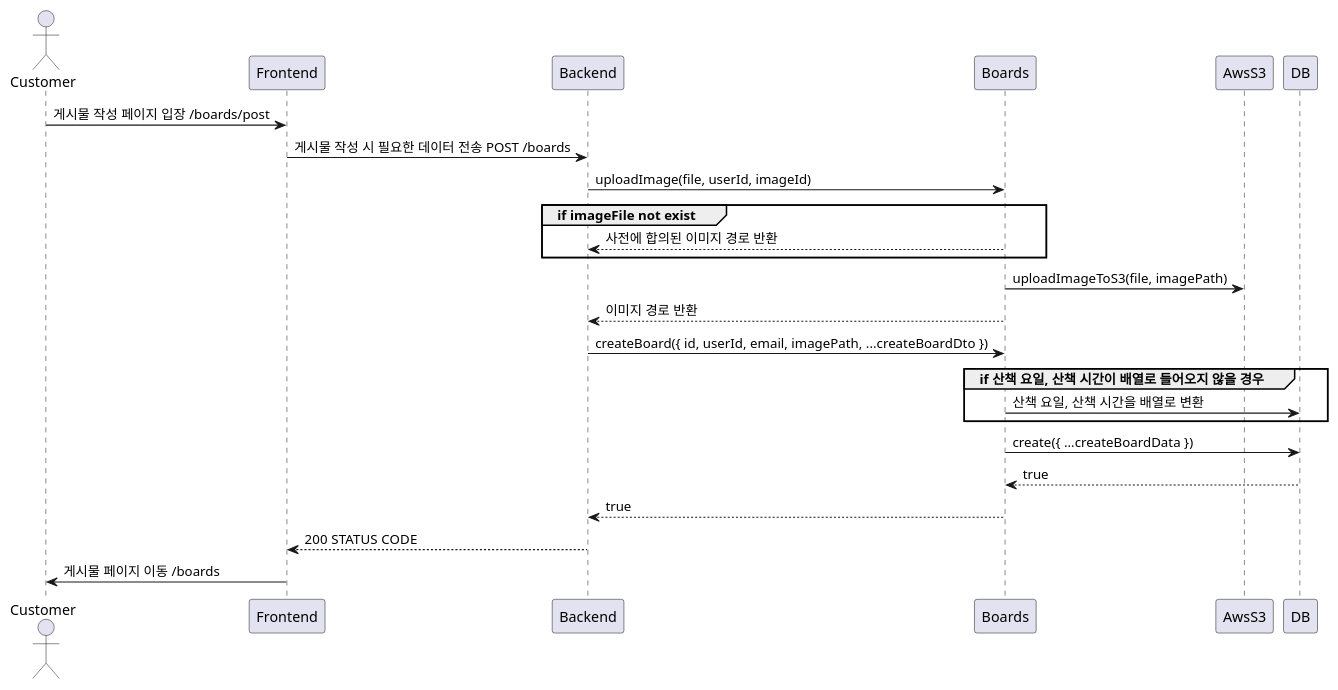
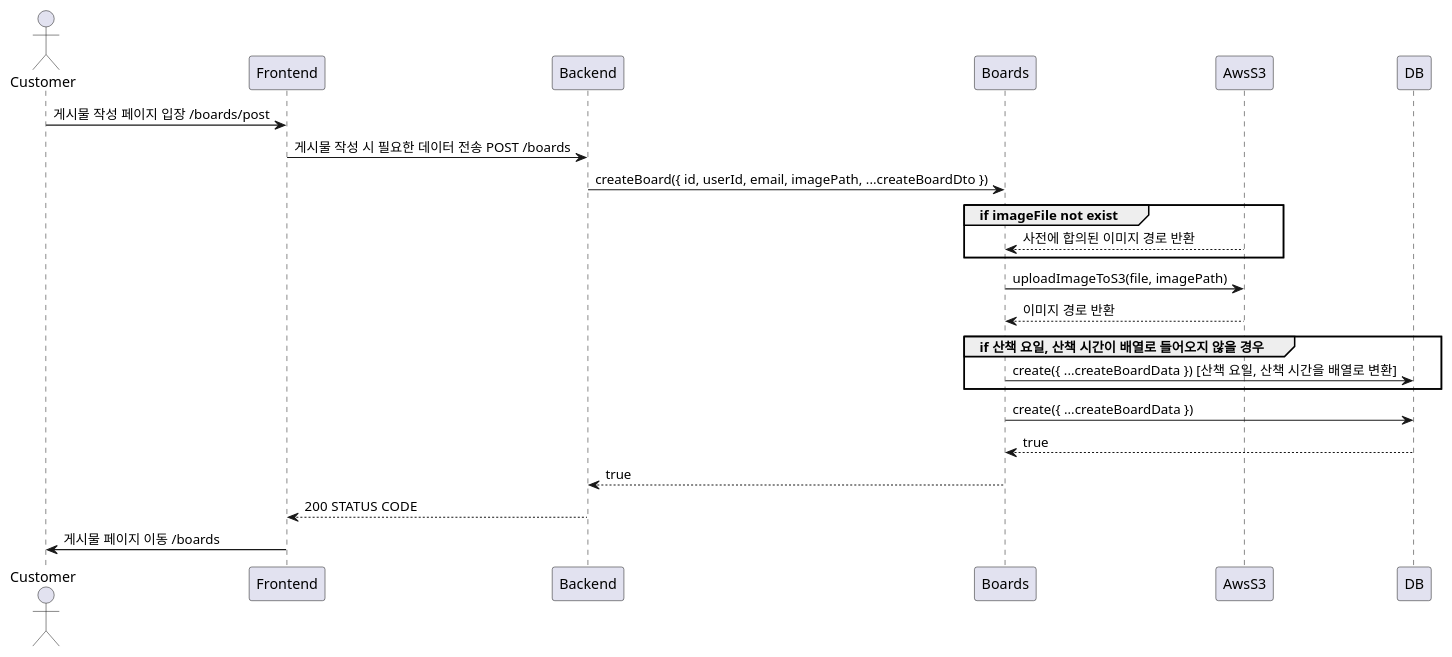
The diagram in docs/post-boards.md (VVSOGI/aws-cicd-test), drawn with PlantUML before and after one commit.

Commit message:
Refactor board creation process to handle image upload and conversion

````diff
--- a/docs/post-boards.md
+++ b/docs/post-boards.md
@@ -37,22 +37,21 @@
 ```plantuml
 @startuml
 actor Customer
 Customer -> Frontend: 게시물 작성 페이지 입장 /boards/post
     Frontend -> Backend: 게시물 작성 시 필요한 데이터 전송 POST /boards
-        Backend -> Boards: uploadImage(file, userId, imageId)
-        group if imageFile not exist
-        Backend <-- Boards: 사전에 합의된 이미지 경로 반환
-        end
+        Backend -> Boards: createBoard({ id, userId, email, imagePath, ...createBoardDto })
+            group if imageFile not exist
+            Boards <-- AwsS3: 사전에 합의된 이미지 경로 반환
+            end
             Boards -> AwsS3: uploadImageToS3(file, imagePath)
-        Backend <-- Boards: 이미지 경로 반환
-        Backend -> Boards: createBoard({ id, userId, email, imagePath, ...createBoardDto })
+            Boards <-- AwsS3: 이미지 경로 반환
             group if 산책 요일, 산책 시간이 배열로 들어오지 않을 경우
-            Boards -> DB: 산책 요일, 산책 시간을 배열로 변환
+            Boards -> DB: create({ ...createBoardData }) [산책 요일, 산책 시간을 배열로 변환]
             end
             Boards -> DB: create({ ...createBoardData })
             Boards <-- DB: true
         Backend <-- Boards: true
     Frontend <-- Backend: 200 STATUS CODE
 Customer <- Frontend: 게시물 페이지 이동 /boards
 @enduml
 ```
````
